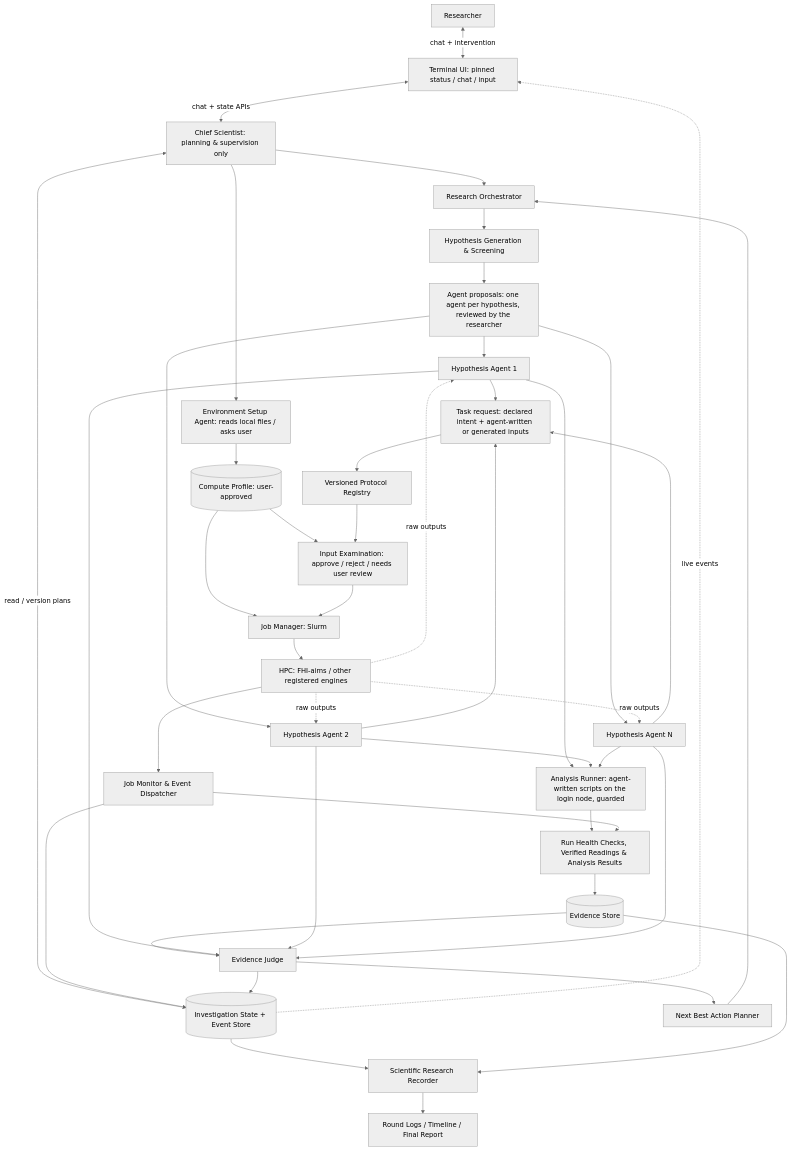
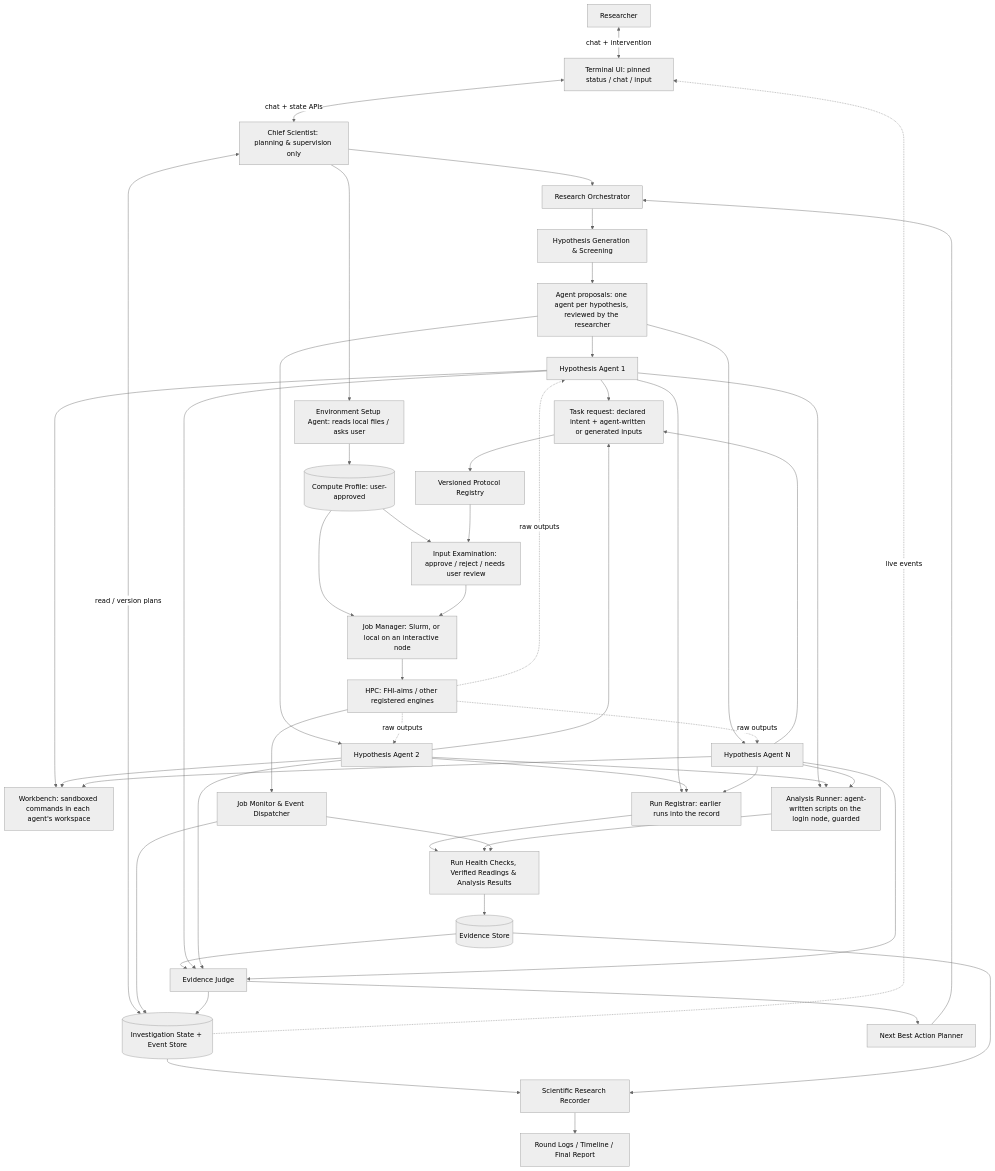
The first of 2 diagrams in docs/ARCHITECTURE.md (haoran-ni/CEDAR), drawn with Mermaid (neutral theme) before and after one commit. The commit also changed other lines of this file and 54 other files, not shown here.

````diff
--- a/docs/ARCHITECTURE.md
+++ b/docs/ARCHITECTURE.md
@@ -9,37 +9,40 @@
 ```mermaid
 flowchart TB
     U[Researcher] <-->|chat + intervention| UI[Terminal UI: pinned status / chat / input]
     UI <-->|chat + state APIs| C[Chief Scientist: planning & supervision only]
     C <-->|read / version plans| DB[(Investigation State + Event Store)]
     C --> O[Research Orchestrator]
     C --> ENV[Environment Setup Agent: reads local files / asks user]
     ENV --> PROF[(Compute Profile: user-approved)]
     PROF --> Q
     PROF --> J
     O --> HG[Hypothesis Generation & Screening]
     HG --> AF[Agent proposals: one agent per hypothesis, reviewed by the researcher]
     AF --> H1[Hypothesis Agent 1]
     AF --> H2[Hypothesis Agent 2]
     AF --> Hn[Hypothesis Agent N]
     H1 & H2 & Hn --> T[Task request: declared intent + agent-written or generated inputs]
     T --> P[Versioned Protocol Registry]
     P --> Q[Input Examination: approve / reject / needs user review]
-    Q --> J[Job Manager: Slurm]
+    Q --> J[Job Manager: Slurm, or local on an interactive node]
     J --> HPC[HPC: FHI-aims / other registered engines]
+    H1 & H2 & Hn --> WB[Workbench: sandboxed commands in each agent's workspace]
+    H1 & H2 & Hn --> REG[Run Registrar: earlier runs into the record]
+    REG --> VAL
     HPC --> MON[Job Monitor & Event Dispatcher]
     HPC -. raw outputs .-> H1 & H2 & Hn
     H1 & H2 & Hn --> AN[Analysis Runner: agent-written scripts on the login node, guarded]
     AN --> VAL
     MON --> VAL[Run Health Checks, Verified Readings & Analysis Results]
     VAL --> EV[(Evidence Store)]
     MON --> DB
     EV --> S[Evidence Judge]
     H1 & H2 & Hn --> S
     S --> NEXT[Next Best Action Planner]
     NEXT --> O
     S --> DB
     DB --> REC[Scientific Research Recorder]
     EV --> REC
     REC --> NOTE[Round Logs / Timeline / Final Report]
     DB -. live events .-> UI
 ```
````
